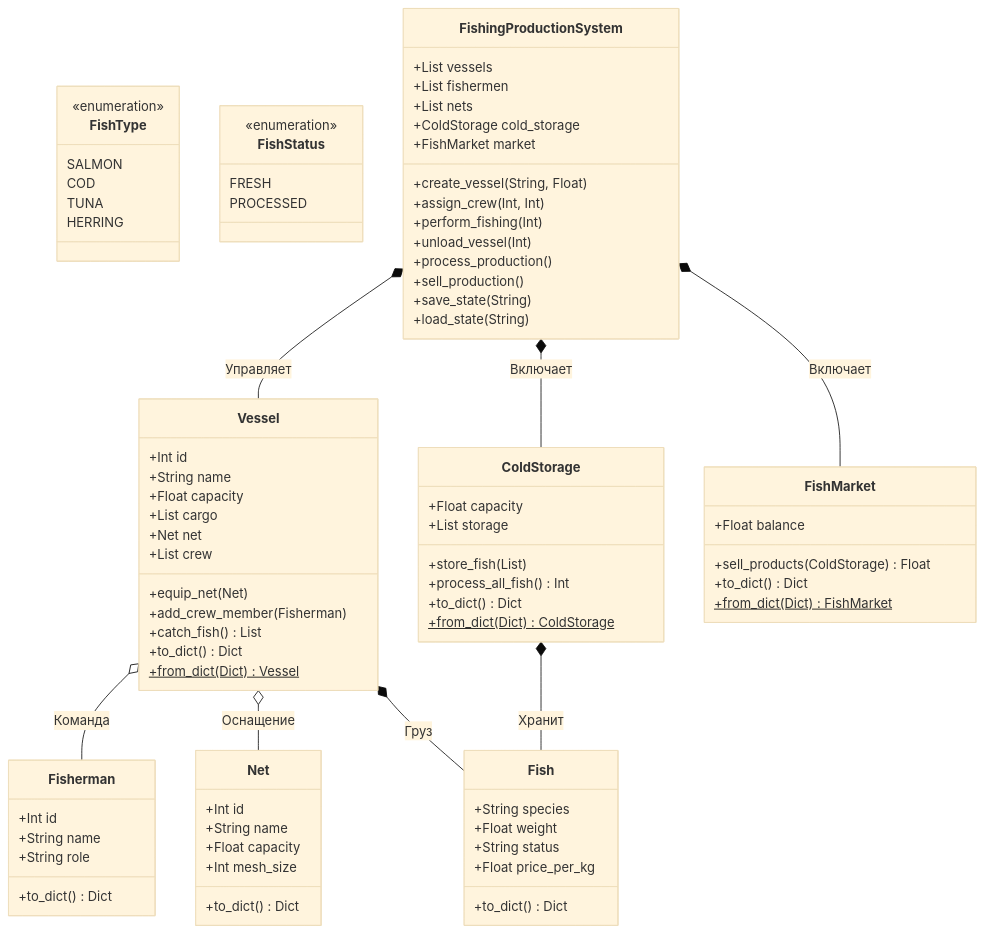
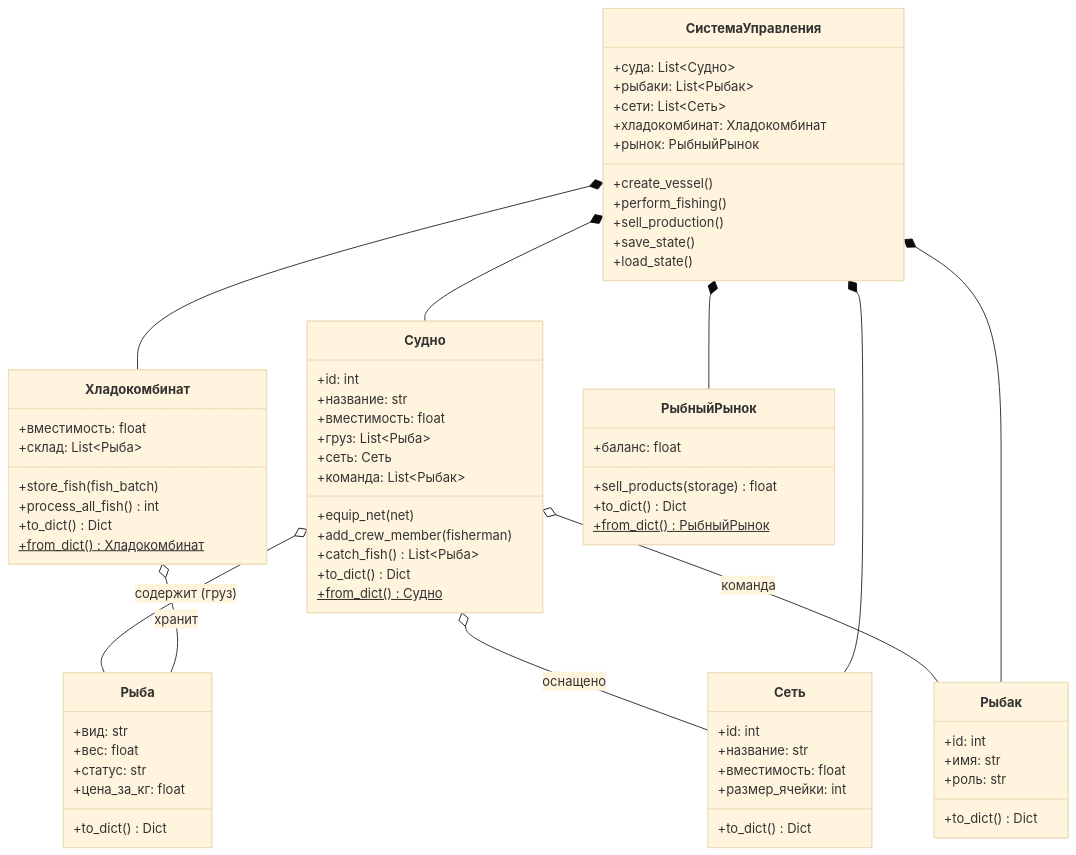
One commit to maksim0007/ppois changed the diagram in 2 семестр/1 лаба/Readme.md. Above: the diagram before and after it, drawn with Mermaid (base theme). The commit also changed other lines of this file, not shown here.

````diff
--- a/2 семестр/1 лаба/Readme.md
+++ b/2 семестр/1 лаба/Readme.md
@@ -26,93 +26,78 @@
 ```mermaid
 classDiagram
-    class FishType {
-        <<enumeration>>
-        SALMON
-        COD
-        TUNA
-        HERRING
+    class Рыба {
+        +вид: str
+        +вес: float
+        +статус: str
+        +цена_за_кг: float
+        +to_dict() Dict
+    }
+    
+    class Сеть {
+        +id: int
+        +название: str
+        +вместимость: float
+        +размер_ячейки: int
+        +to_dict() Dict
+    }
+    
+    class Рыбак {
+        +id: int
+        +имя: str
+        +роль: str
+        +to_dict() Dict
+    }
+    
+    class Судно {
+        +id: int
+        +название: str
+        +вместимость: float
+        +груз: List~Рыба~
+        +сеть: Сеть
+        +команда: List~Рыбак~
+        +equip_net(net)
+        +add_crew_member(fisherman)
+        +catch_fish() List~Рыба~
+        +to_dict() Dict
+        +from_dict() Судно$
+    }
+    
+    class Хладокомбинат {
+        +вместимость: float
+        +склад: List~Рыба~
+        +store_fish(fish_batch)
+        +process_all_fish() int
+        +to_dict() Dict
+        +from_dict() Хладокомбинат$
+    }
+    
+    class РыбныйРынок {
+        +баланс: float
+        +sell_products(storage) float
+        +to_dict() Dict
+        +from_dict() РыбныйРынок$
+    }
+    
+    class СистемаУправления {
+        +суда: List~Судно~
+        +рыбаки: List~Рыбак~
+        +сети: List~Сеть~
+        +хладокомбинат: Хладокомбинат
+        +рынок: РыбныйРынок
+        +create_vessel()
+        +perform_fishing()
+        +sell_production()
+        +save_state()
+        +load_state()
     }
 
-    class FishStatus {
-        <<enumeration>>
-        FRESH
-        PROCESSED
-    }
-
-    class Fish {
-        +String species
-        +Float weight
-        +String status
-        +Float price_per_kg
-        +to_dict() Dict
-    }
-
-    class Net {
-        +Int id
-        +String name
-        +Float capacity
-        +Int mesh_size
-        +to_dict() Dict
-    }
-
-    class Fisherman {
-        +Int id
-        +String name
-        +String role
-        +to_dict() Dict
-    }
-
-    class Vessel {
-        +Int id
-        +String name
-        +Float capacity
-        +List cargo
-        +Net net
-        +List crew
-        +equip_net(Net)
-        +add_crew_member(Fisherman)
-        +catch_fish() List
-        +to_dict() Dict
-        +from_dict(Dict) Vessel$
-    }
-
-    class ColdStorage {
-        +Float capacity
-        +List storage
-        +store_fish(List)
-        +process_all_fish() Int
-        +to_dict() Dict
-        +from_dict(Dict) ColdStorage$
-    }
-
-    class FishMarket {
-        +Float balance
-        +sell_products(ColdStorage) Float
-        +to_dict() Dict
-        +from_dict(Dict) FishMarket$
-    }
-
-    class FishingProductionSystem {
-        +List vessels
-        +List fishermen
-        +List nets
-        +ColdStorage cold_storage
-        +FishMarket market
-        +create_vessel(String, Float)
-        +assign_crew(Int, Int)
-        +perform_fishing(Int)
-        +unload_vessel(Int)
-        +process_production()
-        +sell_production()
-        +save_state(String)
-        +load_state(String)
-    }
-
-    FishingProductionSystem *-- Vessel : Управляет
-    FishingProductionSystem *-- ColdStorage : Включает
-    FishingProductionSystem *-- FishMarket : Включает
-    Vessel o-- Fisherman : Команда
-    Vessel o-- Net : Оснащение
-    Vessel *-- Fish : Груз
-    ColdStorage *-- Fish : Хранит
+    Судно o-- Рыба : содержит (груз)
+    Судно o-- Сеть : оснащено
+    Судно o-- Рыбак : команда
+    Хладокомбинат o-- Рыба : хранит
+    СистемаУправления *-- Судно
+    СистемаУправления *-- Рыбак
+    СистемаУправления *-- Сеть
+    СистемаУправления *-- Хладокомбинат
+    СистемаУправления *-- РыбныйРынок
 ```
````
